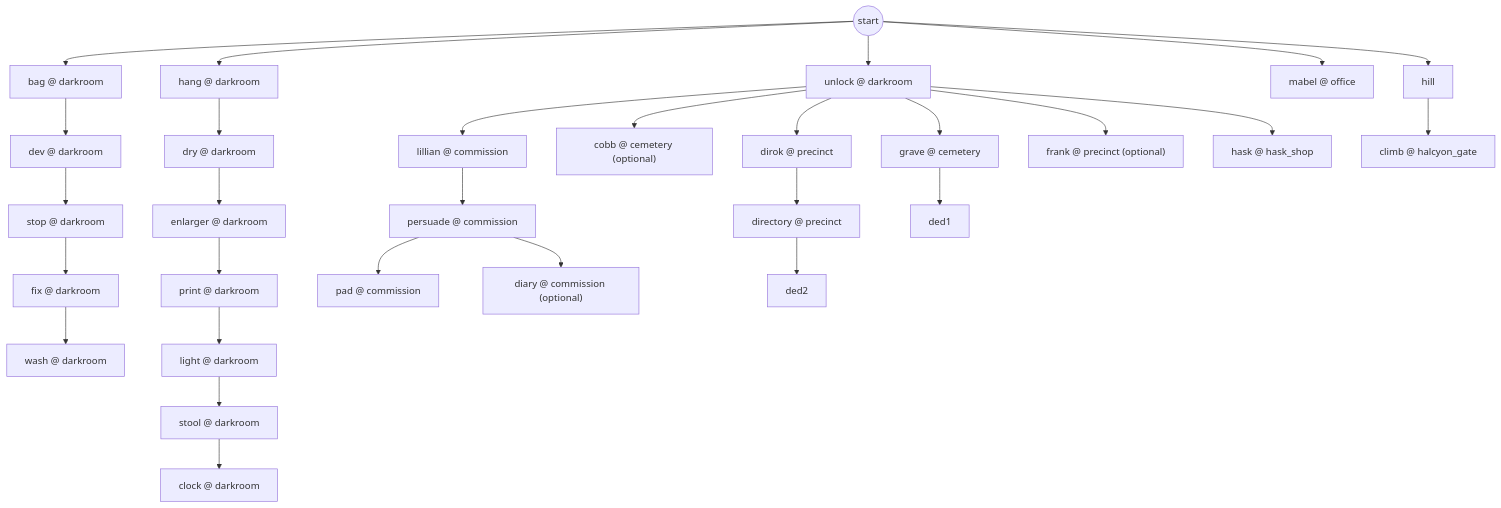
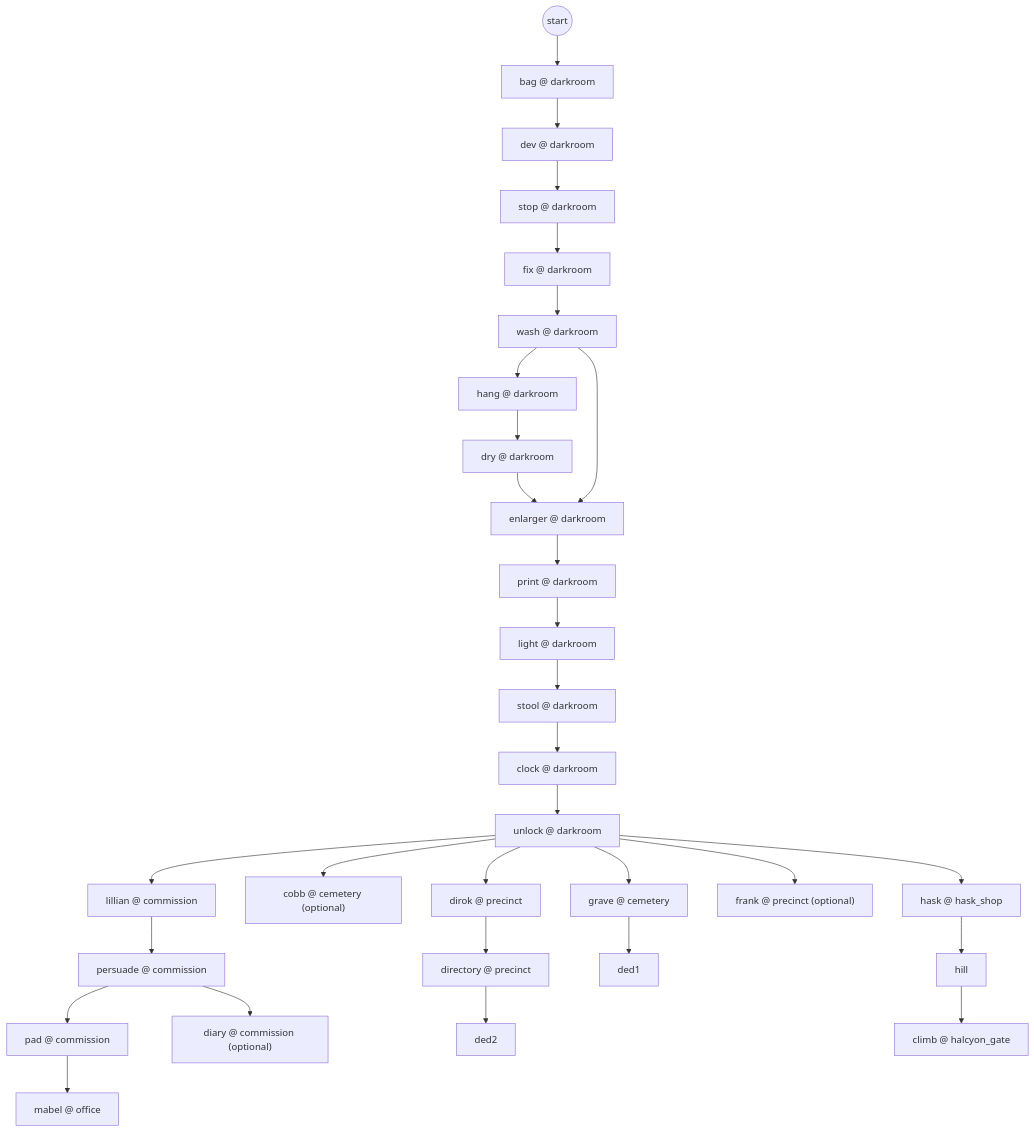
Before and after one commit to GasPhil1968/kolo-srece: the third of 8 diagrams in nightlatch/docs/PUZZLE_GRAPH.md, drawn with Mermaid. The commit also changed other lines of this file and 216 other files, not shown here.

````diff
--- a/nightlatch/docs/PUZZLE_GRAPH.md
+++ b/nightlatch/docs/PUZZLE_GRAPH.md
@@ -168,60 +173,61 @@
 ```mermaid
 flowchart TD
   start3((start))
   c3_bag["bag @ darkroom"]
   c3_dev["dev @ darkroom"]
   c3_stop["stop @ darkroom"]
   c3_fix["fix @ darkroom"]
   c3_wash["wash @ darkroom"]
   c3_hang["hang @ darkroom"]
   c3_dry["dry @ darkroom"]
   c3_enlarger["enlarger @ darkroom"]
   c3_print["print @ darkroom"]
   c3_light["light @ darkroom"]
   c3_stool["stool @ darkroom"]
   c3_clock["clock @ darkroom"]
   c3_unlock["unlock @ darkroom"]
   c3_grave["grave @ cemetery"]
   c3_cobb["cobb @ cemetery (optional)"]
   c3_lillian["lillian @ commission"]
   c3_persuade["persuade @ commission"]
   c3_pad["pad @ commission"]
   c3_diary["diary @ commission (optional)"]
   c3_mabel["mabel @ office"]
   c3_dirok["dirok @ precinct"]
   c3_directory["directory @ precinct"]
   c3_frank["frank @ precinct (optional)"]
   c3_ded1["ded1"]
   c3_ded2["ded2"]
   c3_hask["hask @ hask_shop"]
   c3_hill["hill"]
   c3_climb["climb @ halcyon_gate"]
   start3 --> c3_bag
   c3_bag --> c3_dev
   c3_dev --> c3_stop
   c3_stop --> c3_fix
   c3_fix --> c3_wash
-  start3 --> c3_hang
+  c3_wash --> c3_hang
   c3_hang --> c3_dry
   c3_dry --> c3_enlarger
+  c3_wash --> c3_enlarger
   c3_enlarger --> c3_print
   c3_print --> c3_light
   c3_light --> c3_stool
   c3_stool --> c3_clock
-  start3 --> c3_unlock
+  c3_clock --> c3_unlock
   c3_unlock --> c3_grave
   c3_unlock --> c3_cobb
   c3_unlock --> c3_lillian
   c3_lillian --> c3_persuade
   c3_persuade --> c3_pad
   c3_persuade --> c3_diary
-  start3 --> c3_mabel
+  c3_pad --> c3_mabel
   c3_unlock --> c3_dirok
   c3_dirok --> c3_directory
   c3_unlock --> c3_frank
   c3_grave --> c3_ded1
   c3_directory --> c3_ded2
   c3_unlock --> c3_hask
-  start3 --> c3_hill
+  c3_hask --> c3_hill
   c3_hill --> c3_climb
 ```
````
